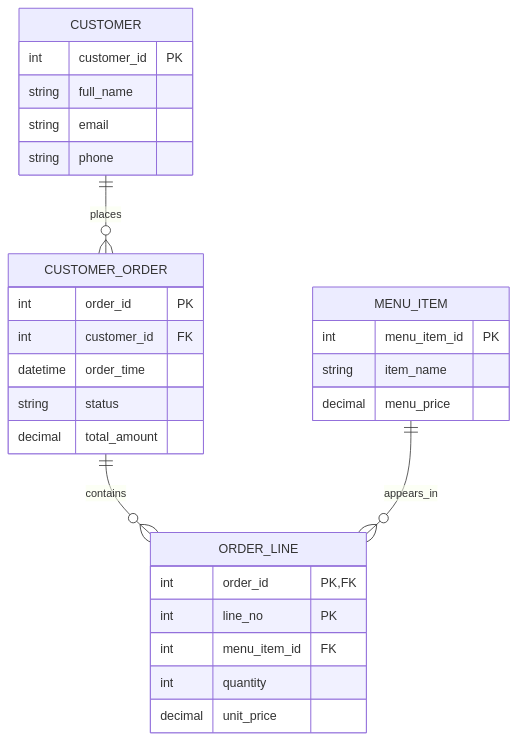
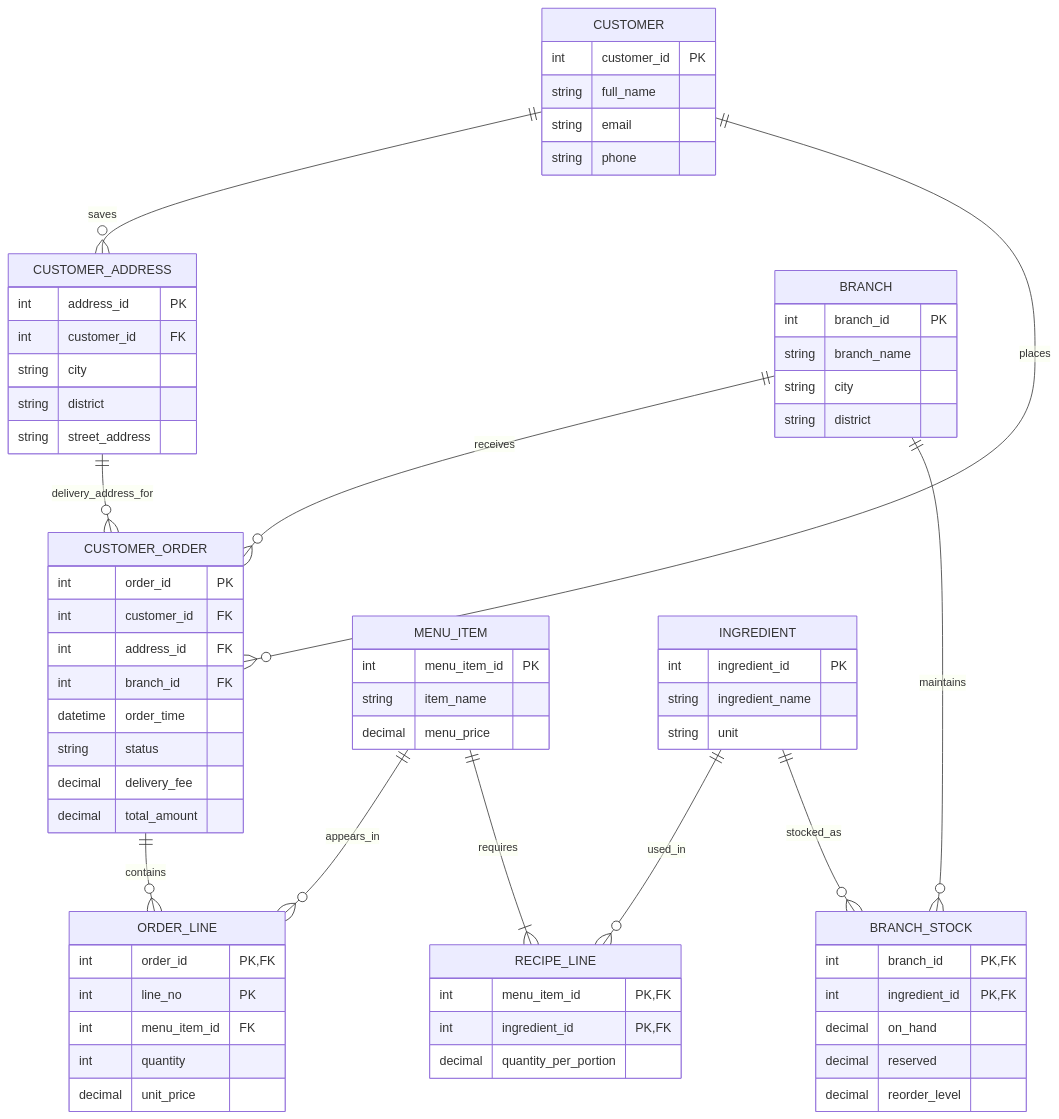
One commit to irmdmrcn/cmpe351-food-ordering changed the diagram in docs/ER/er_v1.mmd. Above: the diagram before and after it, drawn with Mermaid.

Commit message:
Expand ER diagram with branches recipes and ingredient stock

```diff
--- a/docs/ER/er_v1.mmd
+++ b/docs/ER/er_v1.mmd
@@ -1,33 +1,78 @@
 erDiagram
+    CUSTOMER ||--o{ CUSTOMER_ADDRESS : saves
     CUSTOMER ||--o{ CUSTOMER_ORDER : places
+    CUSTOMER_ADDRESS ||--o{ CUSTOMER_ORDER : delivery_address_for
+    BRANCH ||--o{ CUSTOMER_ORDER : receives
     CUSTOMER_ORDER ||--o{ ORDER_LINE : contains
     MENU_ITEM ||--o{ ORDER_LINE : appears_in
+    MENU_ITEM ||--|{ RECIPE_LINE : requires
+    INGREDIENT ||--o{ RECIPE_LINE : used_in
+    BRANCH ||--o{ BRANCH_STOCK : maintains
+    INGREDIENT ||--o{ BRANCH_STOCK : stocked_as
 
     CUSTOMER {
         int customer_id PK
         string full_name
         string email
         string phone
     }
 
+    CUSTOMER_ADDRESS {
+        int address_id PK
+        int customer_id FK
+        string city
+        string district
+        string street_address
+    }
+
+    BRANCH {
+        int branch_id PK
+        string branch_name
+        string city
+        string district
+    }
+
     CUSTOMER_ORDER {
         int order_id PK
         int customer_id FK
+        int address_id FK
+        int branch_id FK
         datetime order_time
         string status
+        decimal delivery_fee
         decimal total_amount
     }
 
     ORDER_LINE {
         int order_id PK,FK
         int line_no PK
         int menu_item_id FK
         int quantity
         decimal unit_price
     }
 
     MENU_ITEM {
         int menu_item_id PK
         string item_name
         decimal menu_price
     }
+
+    INGREDIENT {
+        int ingredient_id PK
+        string ingredient_name
+        string unit
+    }
+
+    RECIPE_LINE {
+        int menu_item_id PK,FK
+        int ingredient_id PK,FK
+        decimal quantity_per_portion
+    }
+
+    BRANCH_STOCK {
+        int branch_id PK,FK
+        int ingredient_id PK,FK
+        decimal on_hand
+        decimal reserved
+        decimal reorder_level
+    }
```
